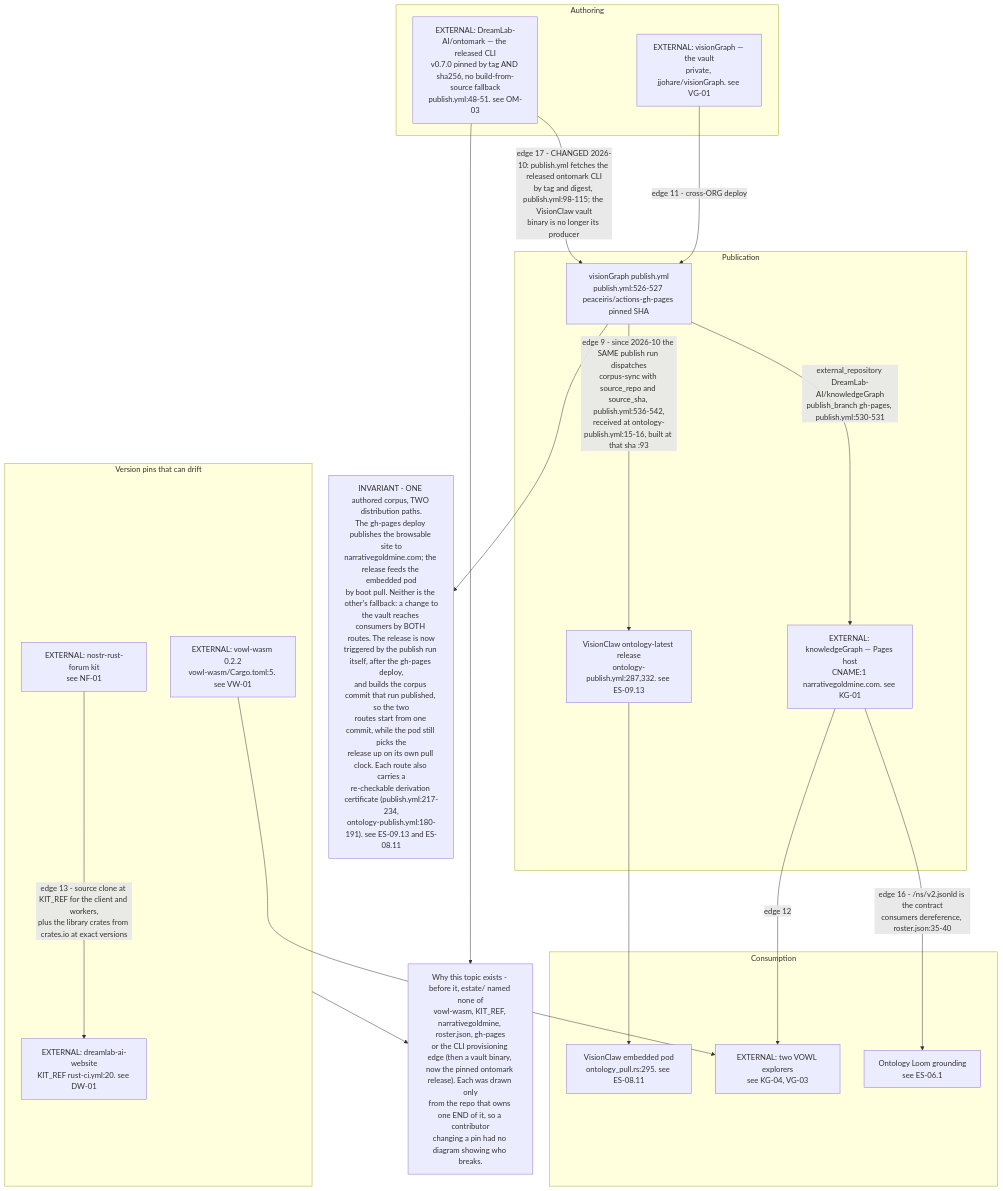
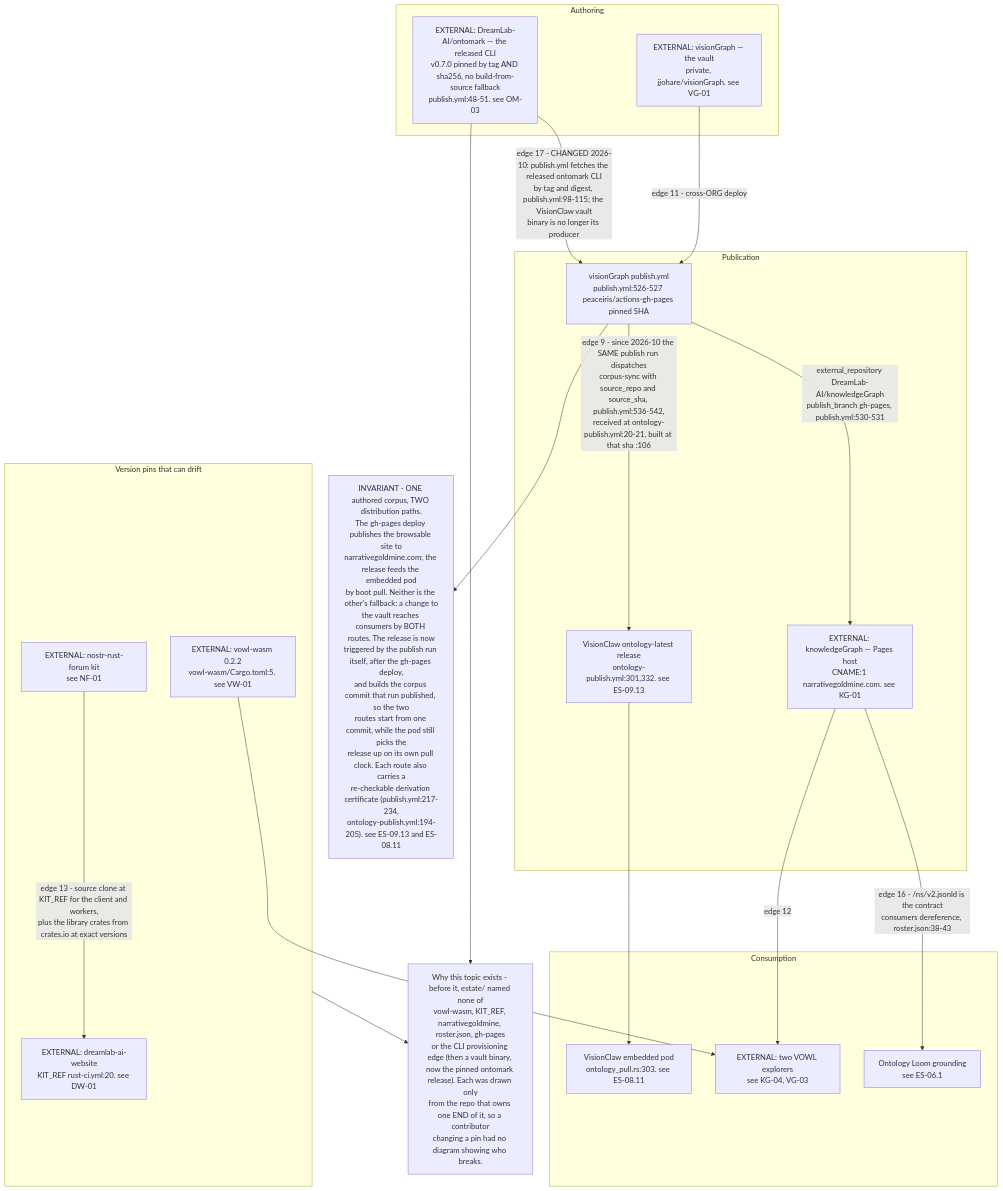
The first of 5 diagrams in docs/diagrams/estate/11-publishing-axis.md (DreamLab-AI/VisionFlow), drawn with Mermaid before and after one commit. The commit also changed other lines of this file and 154 other files, not shown here.

First line of the commit message:
docs(diagrams): re-stamp 154 topics whose every citation still reads the same text at the current heads

````diff
--- a/docs/diagrams/estate/11-publishing-axis.md
+++ b/docs/diagrams/estate/11-publishing-axis.md
@@ -29,39 +29,39 @@
 ```mermaid
 flowchart TB
     subgraph AUTHOR["Authoring"]
         VG["EXTERNAL: visionGraph — the vault<br/>private, jjohare/visionGraph. see VG-01"]
         OM["EXTERNAL: DreamLab-AI/ontomark — the released CLI<br/>v0.7.0 pinned by tag AND sha256, no build-from-source fallback<br/>publish.yml:48-51. see OM-03"]
     end
     subgraph PUB["Publication"]
         PUBYML["visionGraph publish.yml<br/>publish.yml:526-527 peaceiris/actions-gh-pages pinned SHA"]
         KG["EXTERNAL: knowledgeGraph — Pages host<br/>CNAME:1 narrativegoldmine.com. see KG-01"]
-        REL["VisionClaw ontology-latest release<br/>ontology-publish.yml:287,332. see ES-09.13"]
+        REL["VisionClaw ontology-latest release<br/>ontology-publish.yml:301,332. see ES-09.13"]
     end
     subgraph CONSUME["Consumption"]
-        POD["VisionClaw embedded pod<br/>ontology_pull.rs:295. see ES-08.11"]
+        POD["VisionClaw embedded pod<br/>ontology_pull.rs:303. see ES-08.11"]
         EXPL["EXTERNAL: two VOWL explorers<br/>see KG-04, VG-03"]
         LOOM["Ontology Loom grounding<br/>see ES-06.1"]
     end
     subgraph PINS["Version pins that can drift"]
         VW["EXTERNAL: vowl-wasm 0.2.2<br/>vowl-wasm/Cargo.toml:5. see VW-01"]
         NF["EXTERNAL: nostr-rust-forum kit<br/>see NF-01"]
         DW["EXTERNAL: dreamlab-ai-website<br/>KIT_REF rust-ci.yml:20. see DW-01"]
     end
 
     OM -->|"edge 17 - CHANGED 2026-10: publish.yml fetches the released ontomark CLI<br/>by tag and digest, publish.yml:98-115; the VisionClaw vault<br/>binary is no longer its producer"| PUBYML
     VG -->|"edge 11 - cross-ORG deploy"| PUBYML
     PUBYML -->|"external_repository DreamLab-AI/knowledgeGraph<br/>publish_branch gh-pages, publish.yml:530-531"| KG
-    PUBYML -->|"edge 9 - since 2026-10 the SAME publish run dispatches<br/>corpus-sync with source_repo and source_sha, publish.yml:536-542,<br/>received at ontology-publish.yml:15-16, built at that sha :93"| REL
+    PUBYML -->|"edge 9 - since 2026-10 the SAME publish run dispatches<br/>corpus-sync with source_repo and source_sha, publish.yml:536-542,<br/>received at ontology-publish.yml:20-21, built at that sha :106"| REL
     REL --> POD
-    KG -->|"edge 16 - /ns/v2.jsonld is the contract<br/>consumers dereference, roster.json:35-40"| LOOM
+    KG -->|"edge 16 - /ns/v2.jsonld is the contract<br/>consumers dereference, roster.json:38-43"| LOOM
     KG -->|"edge 12"| EXPL
     VW --> EXPL
     NF -->|"edge 13 - source clone at KIT_REF for the client and workers,<br/>plus the library crates from crates.io at exact versions"| DW
 
-    INV["INVARIANT - ONE authored corpus, TWO distribution paths.<br/>The gh-pages deploy publishes the browsable site to<br/>narrativegoldmine.com; the release feeds the embedded pod<br/>by boot pull. Neither is the other's fallback: a change to<br/>the vault reaches consumers by BOTH routes. The release is now<br/>triggered by the publish run itself, after the gh-pages deploy,<br/>and builds the corpus commit that run published, so the two<br/>routes start from one commit, while the pod still picks the<br/>release up on its own pull clock. Each route also carries a<br/>re-checkable derivation certificate (publish.yml:217-234,<br/>ontology-publish.yml:180-191). see ES-09.13 and ES-08.11"]
+    INV["INVARIANT - ONE authored corpus, TWO distribution paths.<br/>The gh-pages deploy publishes the browsable site to<br/>narrativegoldmine.com; the release feeds the embedded pod<br/>by boot pull. Neither is the other's fallback: a change to<br/>the vault reaches consumers by BOTH routes. The release is now<br/>triggered by the publish run itself, after the gh-pages deploy,<br/>and builds the corpus commit that run published, so the two<br/>routes start from one commit, while the pod still picks the<br/>release up on its own pull clock. Each route also carries a<br/>re-checkable derivation certificate (publish.yml:217-234,<br/>ontology-publish.yml:194-205). see ES-09.13 and ES-08.11"]
     GAP["Why this topic exists - before it, estate/ named none of<br/>vowl-wasm, KIT_REF, narrativegoldmine, roster.json, gh-pages<br/>or the CLI provisioning edge (then a vault binary, now the pinned ontomark release). Each was drawn only<br/>from the repo that owns one END of it, so a contributor<br/>changing a pin had no diagram showing who breaks."]
 
     PUBYML --> INV
     PINS --> GAP
     OM --> GAP
 ```
````
